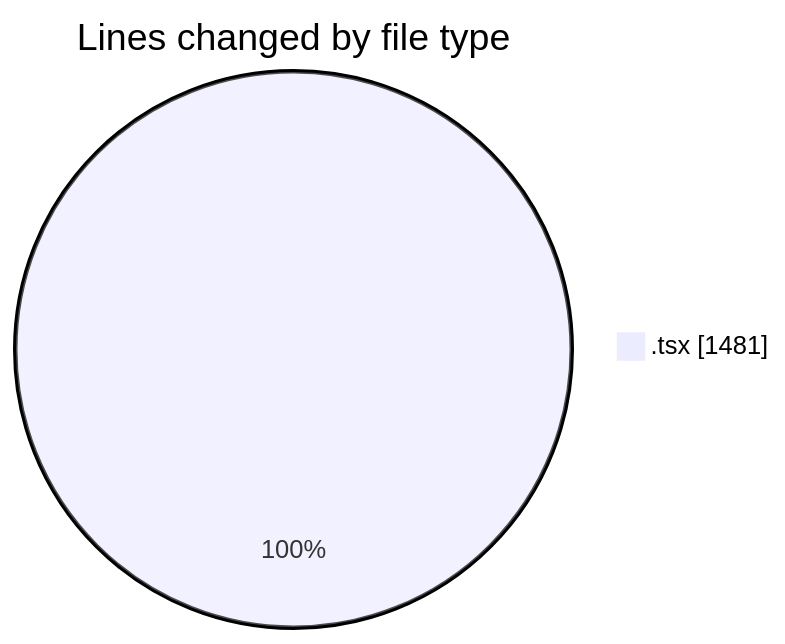
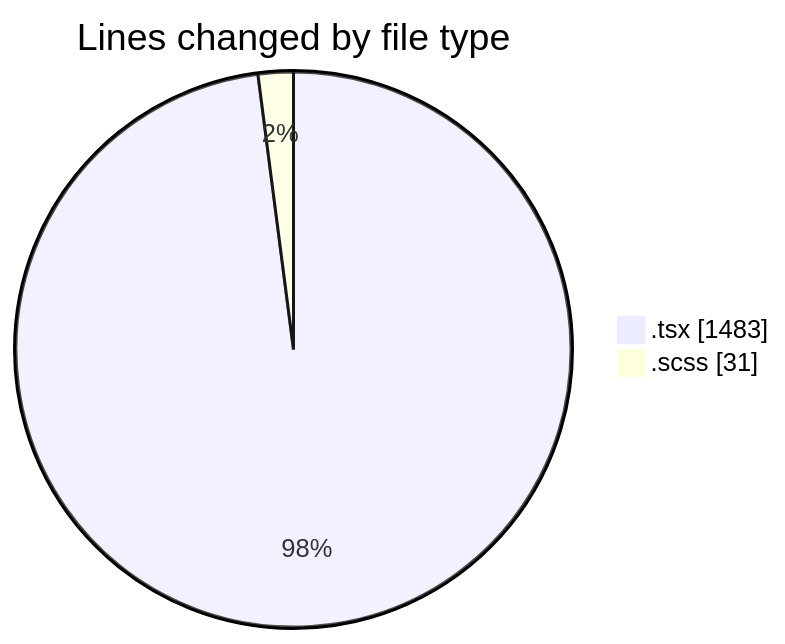
The first of 2 diagrams in 2026-10-20/cda/README.md (momahboobian/code-tracking), drawn with Mermaid before and after one commit. The commit also changed other lines of this file and 1 other file, not shown here.

````diff
--- a/2026-10-20/cda/README.md
+++ b/2026-10-20/cda/README.md
@@ -23,5 +24,6 @@
 ```mermaid
 pie showData
 title Lines changed by file type
-".tsx" : 1481
+".tsx" : 1483
+".scss" : 31
 ```
````
